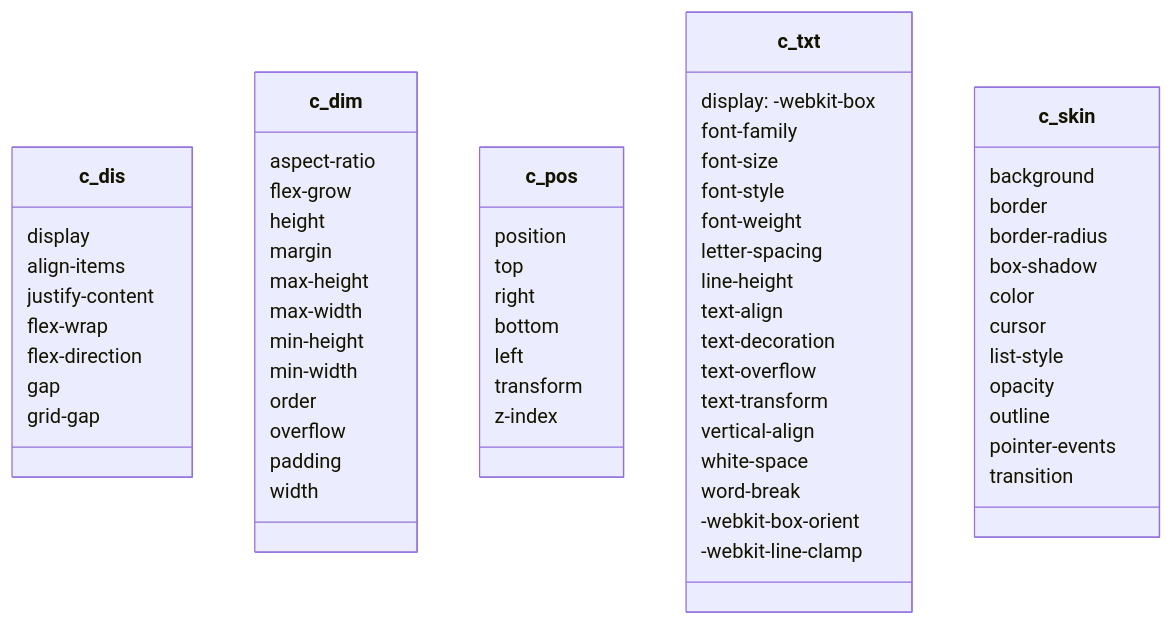
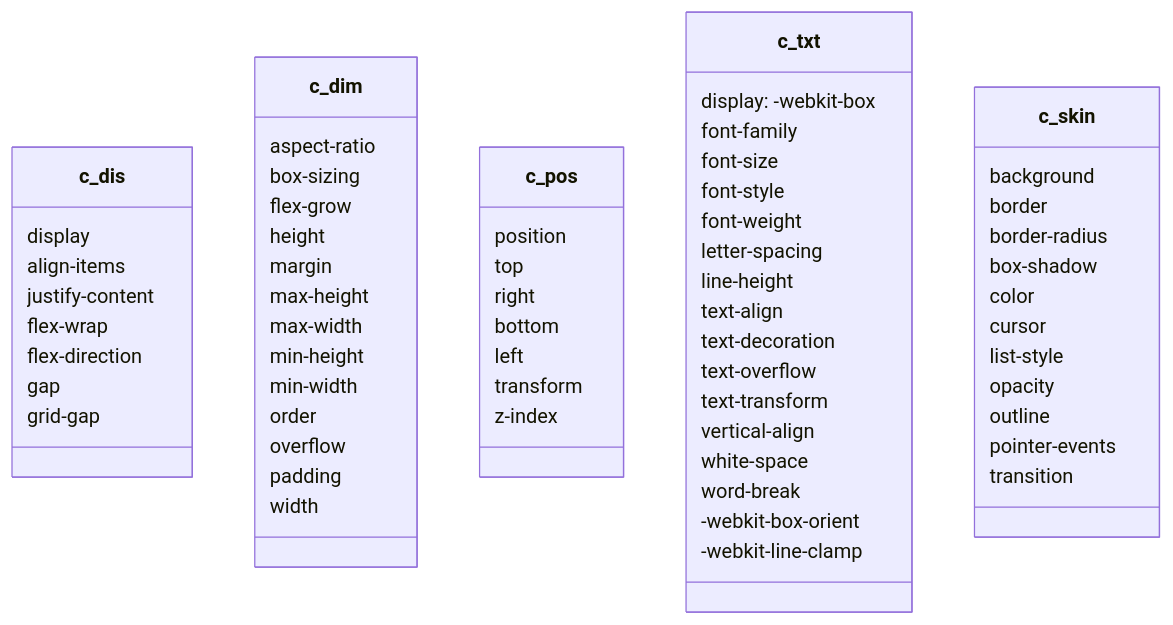
One commit to ita-design-system/starter-template changed the second of 2 diagrams in README.md. Above: the diagram before and after it, drawn with Mermaid. The commit also changed other lines of this file, not shown here.

````diff
--- a/README.md
+++ b/README.md
@@ -136,66 +136,67 @@
 ```mermaid
 classDiagram
     class c_dis {
         display
         align-items
         justify-content
         flex-wrap
         flex-direction
         gap
         grid-gap
     }
     class c_dim {
         aspect-ratio
+        box-sizing
         flex-grow
         height
         margin
         max-height
         max-width
         min-height
         min-width
         order
         overflow
         padding
         width
     }
     class c_pos {
         position
         top
         right
         bottom
         left
         transform
         z-index
     }
     class c_txt {
         display: -webkit-box
         font-family
         font-size
         font-style
         font-weight
         letter-spacing
         line-height
         text-align
         text-decoration
         text-overflow
         text-transform
         vertical-align
         white-space
         word-break
         -webkit-box-orient
         -webkit-line-clamp
     }
     class c_skin {
         background
         border
         border-radius
         box-shadow
         color
         cursor
         list-style
         opacity
         outline
         pointer-events
         transition
     }
  ```
````
